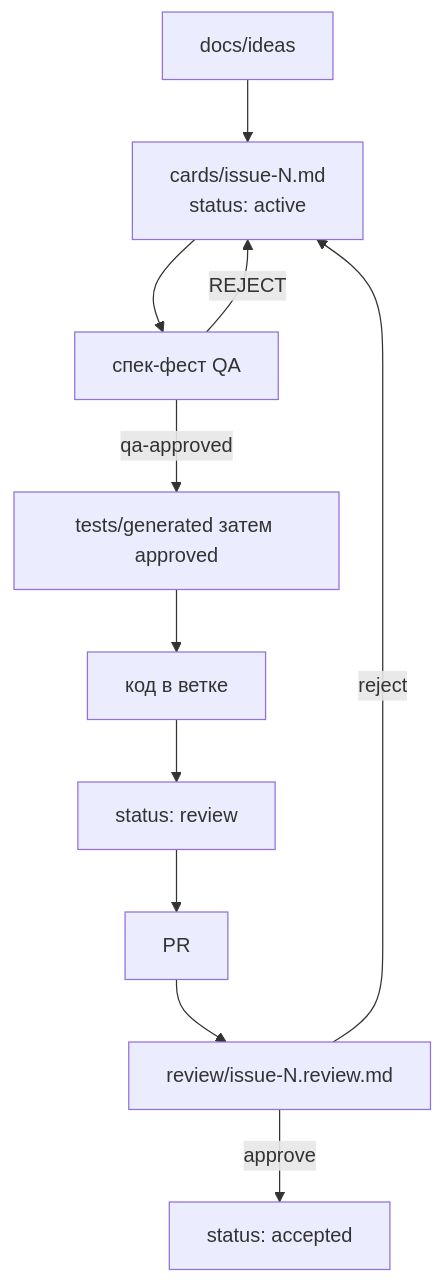
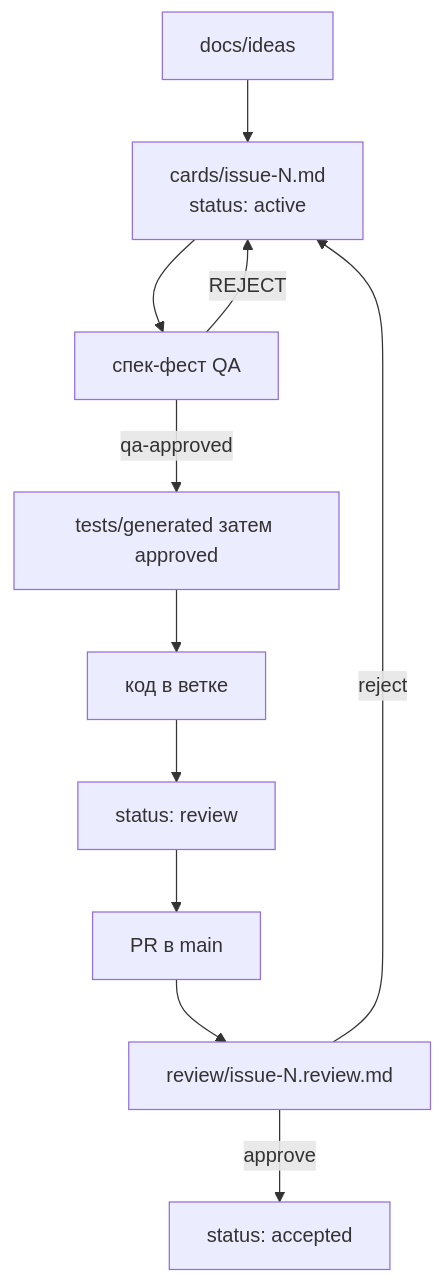
Before and after one commit to Noumen-dev/sdd-kit: the second of 2 diagrams in docs/SDD_WORKFLOW.md, drawn with Mermaid. The commit also changed other lines of this file and 34 other files, not shown here.

````diff
--- a/docs/SDD_WORKFLOW.md
+++ b/docs/SDD_WORKFLOW.md
@@ -44,18 +89,18 @@
 ```mermaid
 flowchart TB
   JTBD[docs/ideas]
   Card["cards/issue-N.md\nstatus: active"]
   SpecFest[спек-фест QA]
   Tests[tests/generated затем approved]
   Code[код в ветке]
-  PR[PR]
+  PR[PR в main]
   ReviewFile["review/issue-N.review.md"]
   StatusAcc["status: accepted"]
   JTBD --> Card --> SpecFest
   SpecFest -->|REJECT| Card
   SpecFest -->|qa-approved| Tests --> Code
   Code --> StatusReview["status: review"]
   StatusReview --> PR --> ReviewFile
   ReviewFile -->|approve| StatusAcc
   ReviewFile -->|reject| Card
 ```
````
